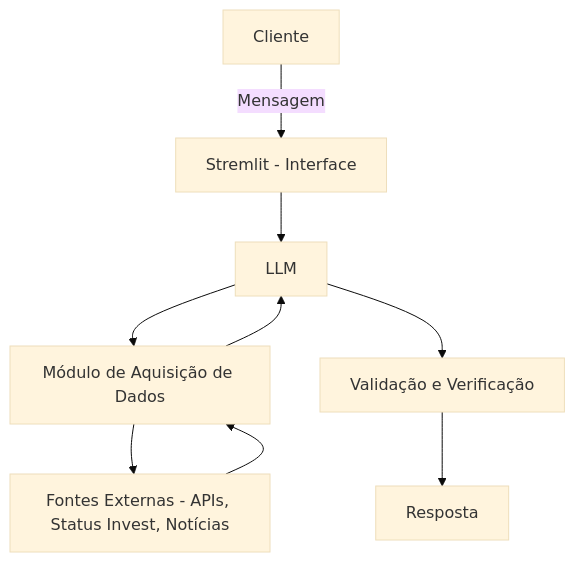
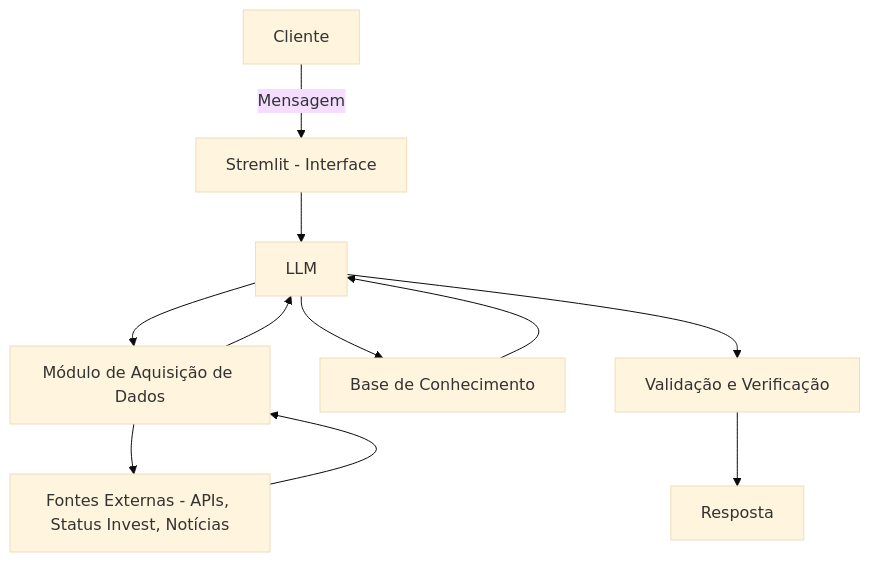
The diagram in docs/01-documentacao-agente.md (Rafael-lima-devbr/Assistente-Virtual-com-IA-analista-de-ativos), drawn with Mermaid (base theme) before and after one commit.

Commit message:
Fix flowchart syntax in documentation

````diff
--- a/docs/01-documentacao-agente.md
+++ b/docs/01-documentacao-agente.md
@@ -52,11 +52,13 @@
 ```mermaid
 flowchart TD
     A[Cliente] -->|Mensagem| B[Stremlit - Interface]
     B --> C[LLM]
     C --> D[Módulo de Aquisição de Dados]
+    C --> R[Base de Conhecimento]
+    R --> C
     D --> E[Fontes Externas - APIs, Status Invest, Notícias]
     E --> D
     D --> C
     C --> F[Validação e Verificação]
     F --> G[Resposta]
 ```
````
